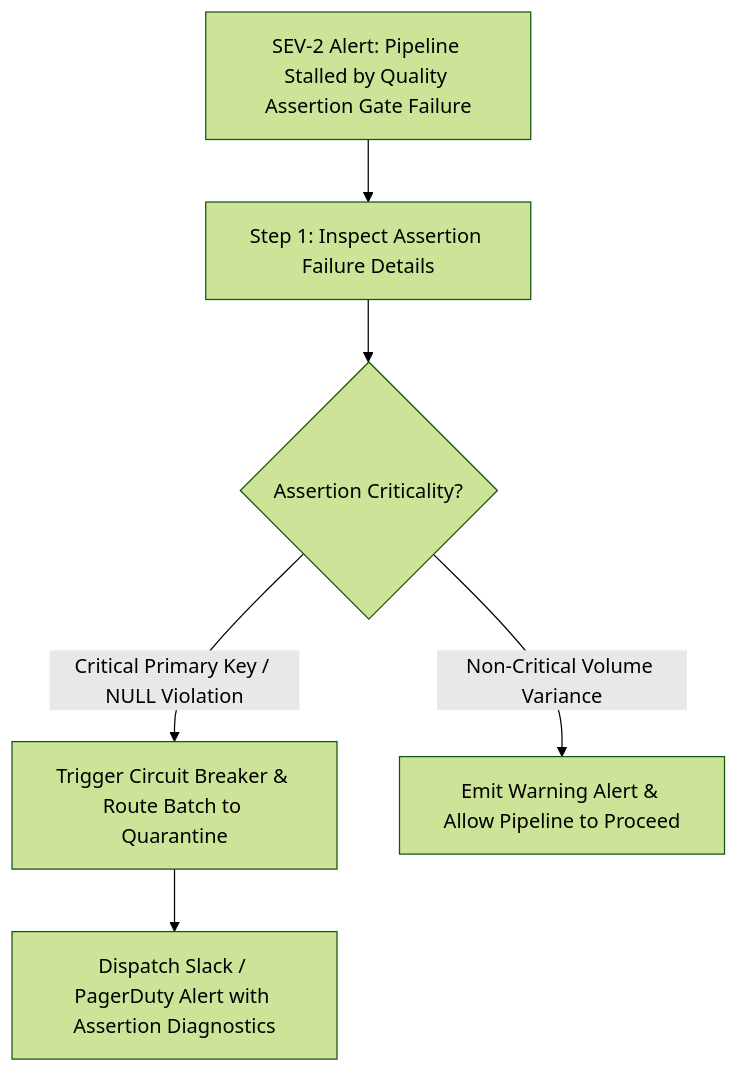
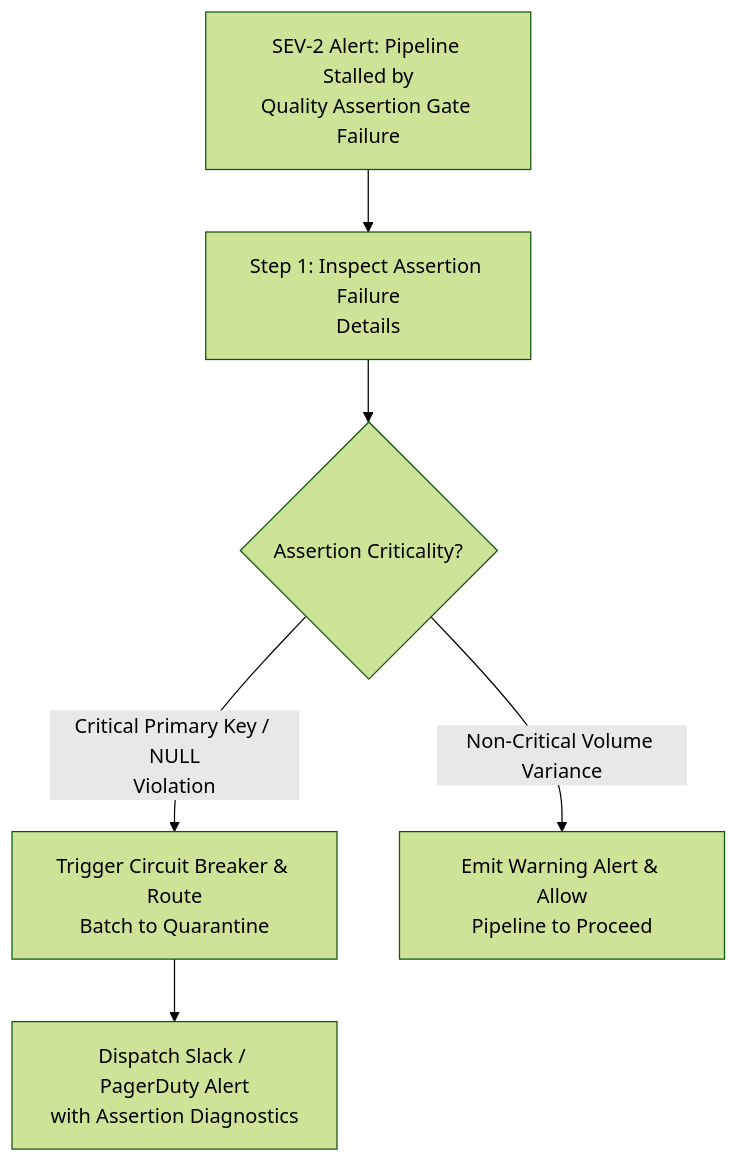
One commit to santoshjammi29/dataops-cicd-handbook changed the diagram in runbooks/03_data_quality_assertion_pipeline_blocker_triage.md. Above: the diagram before and after it, drawn with Mermaid (forest theme). The commit also changed 11 other files, not shown here.

Commit message:
fix(diagrams): word-wrap labels and escape comparison operators across all diagrams

````diff
--- a/runbooks/03_data_quality_assertion_pipeline_blocker_triage.md
+++ b/runbooks/03_data_quality_assertion_pipeline_blocker_triage.md
@@ -12,10 +12,10 @@
 ```mermaid
 flowchart TD
-    Alert["SEV-2 Alert: Pipeline Stalled by Quality Assertion Gate Failure"] --> InspectAssertion["Step 1: Inspect Assertion Failure Details"]
+    Alert["SEV-2 Alert: Pipeline Stalled by<br/>Quality Assertion Gate Failure"] --> InspectAssertion["Step 1: Inspect Assertion Failure<br/>Details"]
     InspectAssertion --> SeverityCheck{"Assertion Criticality?"}
 
-    SeverityCheck -->|"Critical Primary Key / NULL Violation"| QuarantineBatch["Trigger Circuit Breaker & Route Batch to Quarantine"]
-    SeverityCheck -->|"Non-Critical Volume Variance"| WarnAndProceed["Emit Warning Alert & Allow Pipeline to Proceed"]
+    SeverityCheck -->|"Critical Primary Key / NULL<br/>Violation"| QuarantineBatch["Trigger Circuit Breaker & Route<br/>Batch to Quarantine"]
+    SeverityCheck -->|"Non-Critical Volume Variance"| WarnAndProceed["Emit Warning Alert & Allow<br/>Pipeline to Proceed"]
 
-    QuarantineBatch --> NotifyDataProductOwner["Dispatch Slack / PagerDuty Alert with Assertion Diagnostics"]
+    QuarantineBatch --> NotifyDataProductOwner["Dispatch Slack / PagerDuty Alert<br/>with Assertion Diagnostics"]
 ```
````
